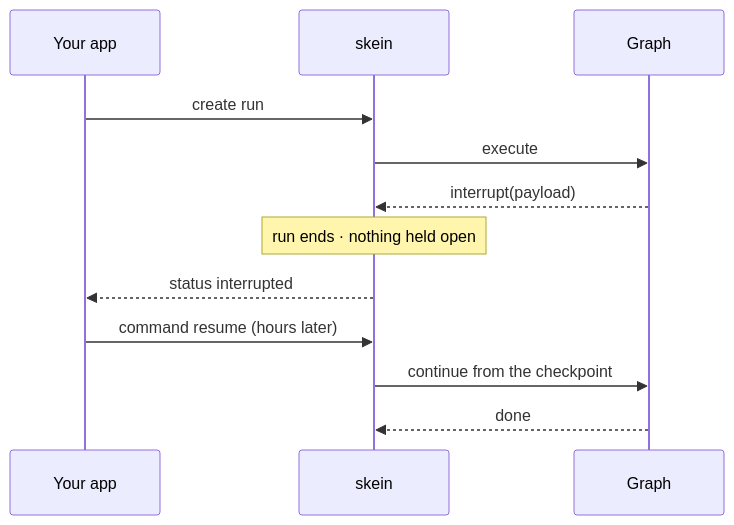
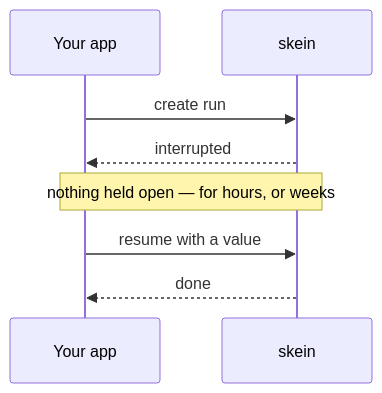
One commit to skein-js/skein-js changed the diagram in docs/human-in-the-loop.md. Above: the diagram before and after it, drawn with Mermaid.

Commit message:
docs: simplify the human-in-the-loop diagram
Three participants and seven messages, when the point is only that the run
ends and picks up later. The Graph lifeline added detail that competed with
the idea, so it goes: two participants, four messages, and the note carries
the whole insight — nothing is held open across the gap.

````diff
--- a/docs/human-in-the-loop.md
+++ b/docs/human-in-the-loop.md
@@ -7,14 +7,10 @@
 ```mermaid
 sequenceDiagram
-  participant U as Your app
+  participant A as Your app
   participant S as skein
-  participant G as Graph
-  U->>S: create run
-  S->>G: execute
-  G-->>S: interrupt(payload)
-  Note over S: run ends · nothing held open
-  S-->>U: status interrupted
-  U->>S: command resume (hours later)
-  S->>G: continue from the checkpoint
-  G-->>S: done
+  A->>S: create run
+  S-->>A: interrupted
+  Note over A,S: nothing held open — for hours, or weeks
+  A->>S: resume with a value
+  S-->>A: done
 ```
````
